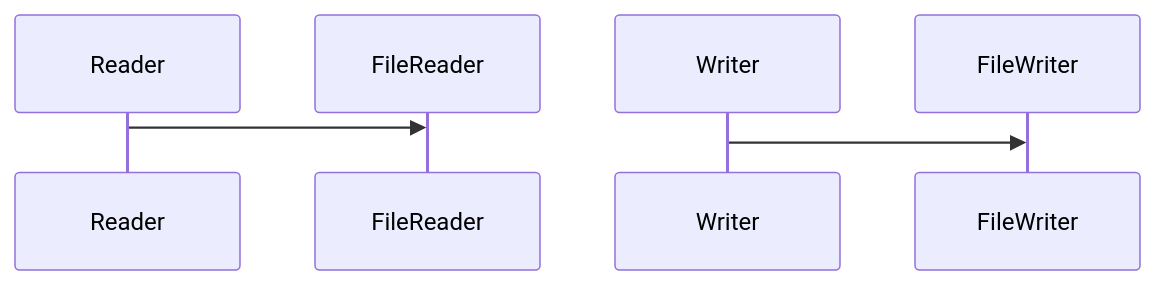
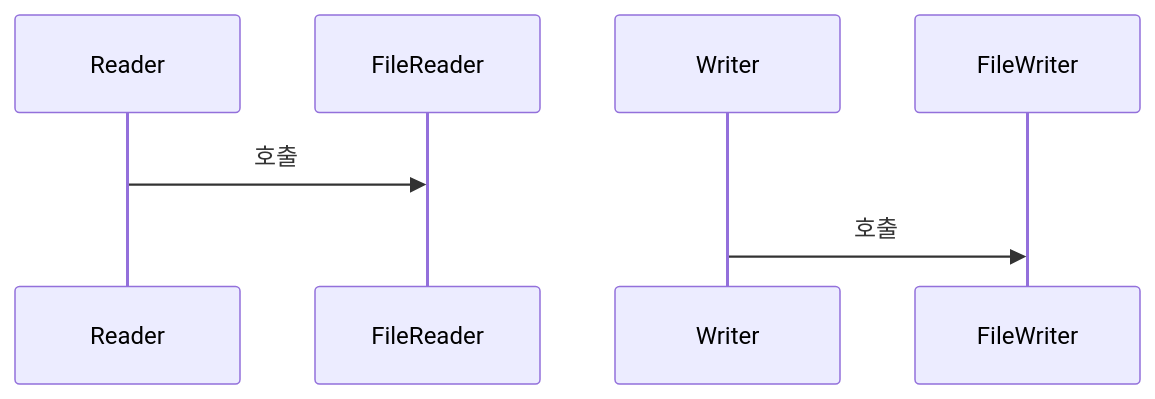
The fourth of 11 diagrams in _posts/java/2026-05-01-java-io.md (yjkim2015/yjkim2015.github.io), drawn with Mermaid before and after one commit. The commit also changed other lines of this file and 85 other files, not shown here.

First line of the commit message:
sequenceDiagram 문법 에러 2차 수정 169개 (86파일)

````diff
--- a/_posts/java/2026-05-01-java-io.md
+++ b/_posts/java/2026-05-01-java-io.md
@@ -58,5 +58,5 @@
 ```mermaid
 sequenceDiagram
-    Reader->>FileReader:
-    Writer->>FileWriter:
+    Reader->>FileReader: 호출
+    Writer->>FileWriter: 호출
 ```
````
